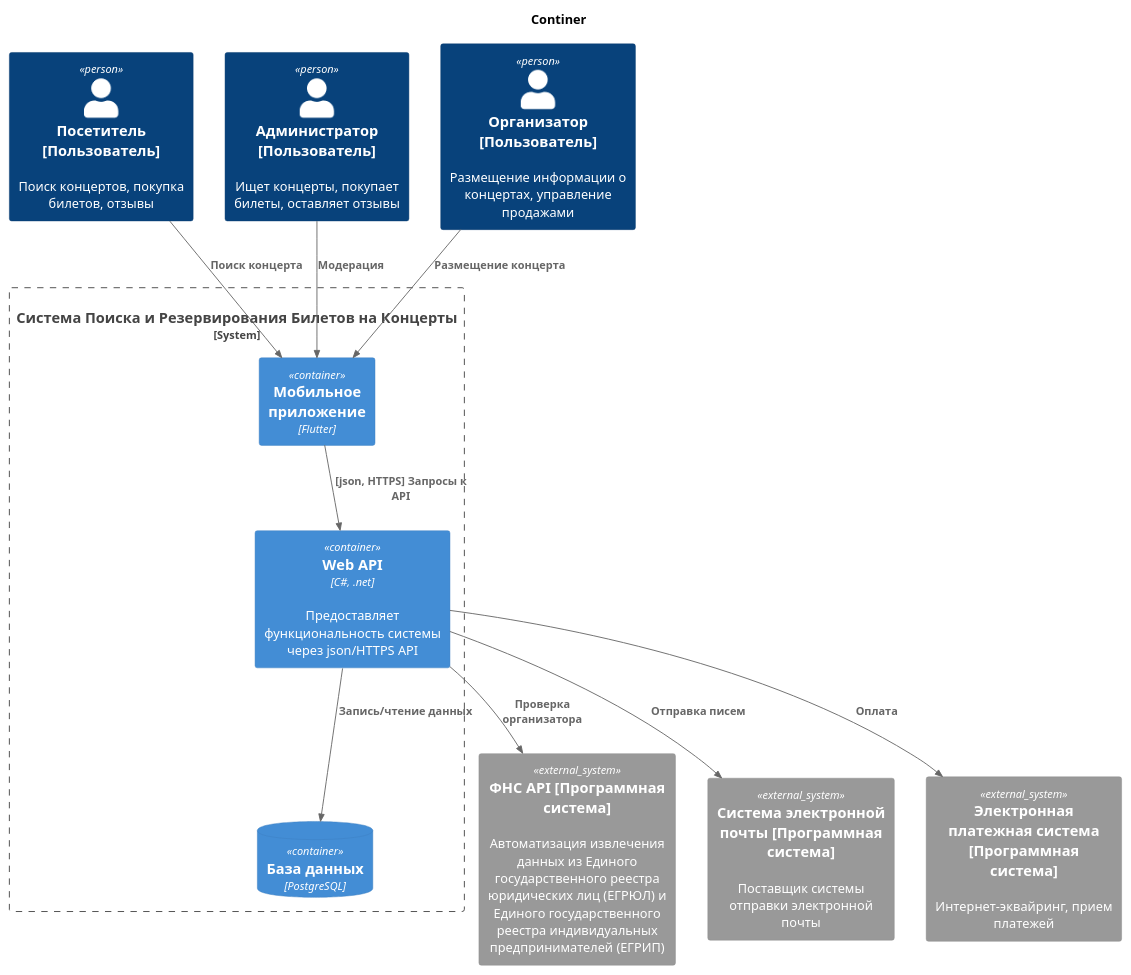
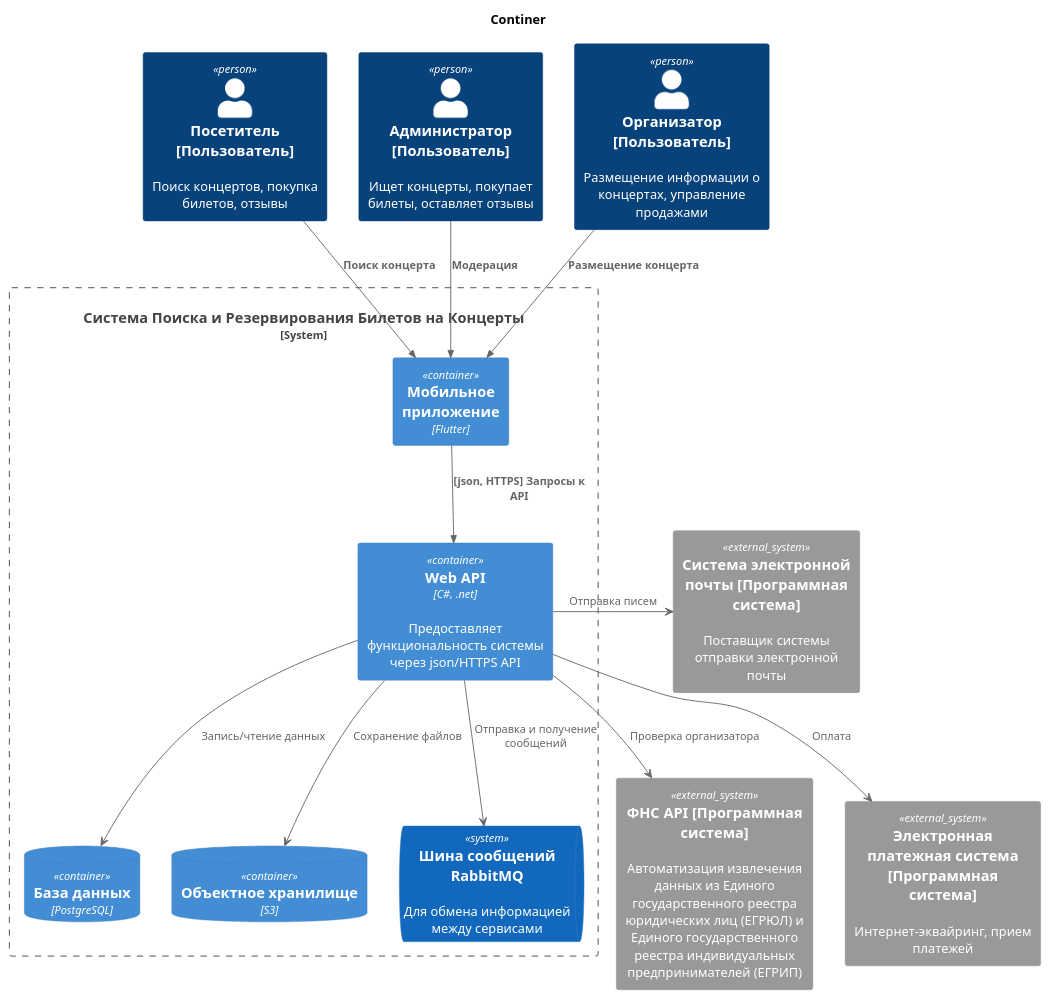
Before and after one commit to Marillinnka/PPO: the diagram in 2. Технический проект/C4 containers diagram.puml, drawn with PlantUML. The commit also changed 9 other files, not shown here.

Commit message:
Добавили диаграммы

```diff
--- a/2. Технический проект/C4 containers diagram.puml
+++ b/2. Технический проект/C4 containers diagram.puml
@@ -1,35 +1,40 @@
 !include https://raw.githubusercontent.com/plantuml-stdlib/C4-PlantUML/master/C4_Container.puml
 
 title Continer
 
 Person(Visitor, "Посетитель [Пользователь]", "Поиск концертов, покупка билетов, отзывы")
 
 Person(Administrator, "Администратор [Пользователь]", "Ищет концерты, покупает билеты, оставляет отзывы")
 
 Person(Organizer, "Организатор [Пользователь]", "Размещение информации о концертах, управление продажами")
 
 System_Boundary(search_and_reservation_system, "Система Поиска и Резервирования Билетов на Концерты"){
     Container(mobile_app, "Мобильное приложение", "Flutter", "")
 
     Container(web_api, "Web API", "C#, .net", "Предоставляет функциональность системы через json/HTTPS API")
 
-    ContainerDb(DataBase, "База данных", "PostgreSQL", "")
+    ContainerDb(ReadDataBase, "База данных", "PostgreSQL", "")
+
+    ContainerDb(SaveDataBase, "Объектное хранилище", "S3", "")
+
+    SystemQueue(MessageBus, "Шина сообщений RabbitMQ", "Для обмена информацией между сервисами")
 }
 
 System_Ext(FNS, "ФНС API [Программная система]", "Автоматизация извлечения данных из Единого государственного реестра юридических лиц (ЕГРЮЛ) и Единого государственного реестра индивидуальных предпринимателей (ЕГРИП)")
 
 System_Ext(Email, "Cистема электронной почты [Программная система]", "Поставщик системы отправки электронной почты")
 
 System_Ext(PaymentSystem, "Электронная платежная система [Программная система]", "Интернет-эквайринг, прием платежей")
 
-
 Rel(Visitor, mobile_app, "Поиск концерта")
 Rel(Administrator, mobile_app, "Модерация")
 Rel(Organizer, mobile_app, "Размещение концерта")
 
 Rel(mobile_app, web_api, "[json, HTTPS] Запросы к API")
-Rel(web_api, DataBase, "Запись/чтение данных")
+web_api --> ReadDataBase : "Запись/чтение данных"
+web_api --> SaveDataBase : "Сохранение файлов"
+web_api --> MessageBus : "Отправка и получение сообщений"
 
-Rel(web_api, FNS, "Проверка организатора")
-Rel(web_api, Email, "Отправка писем")
-Rel(web_api, PaymentSystem, "Оплата")
+web_api --> FNS : "Проверка организатора"
+web_api -> Email : "Отправка писем"
+web_api --> PaymentSystem : "Оплата"
```
